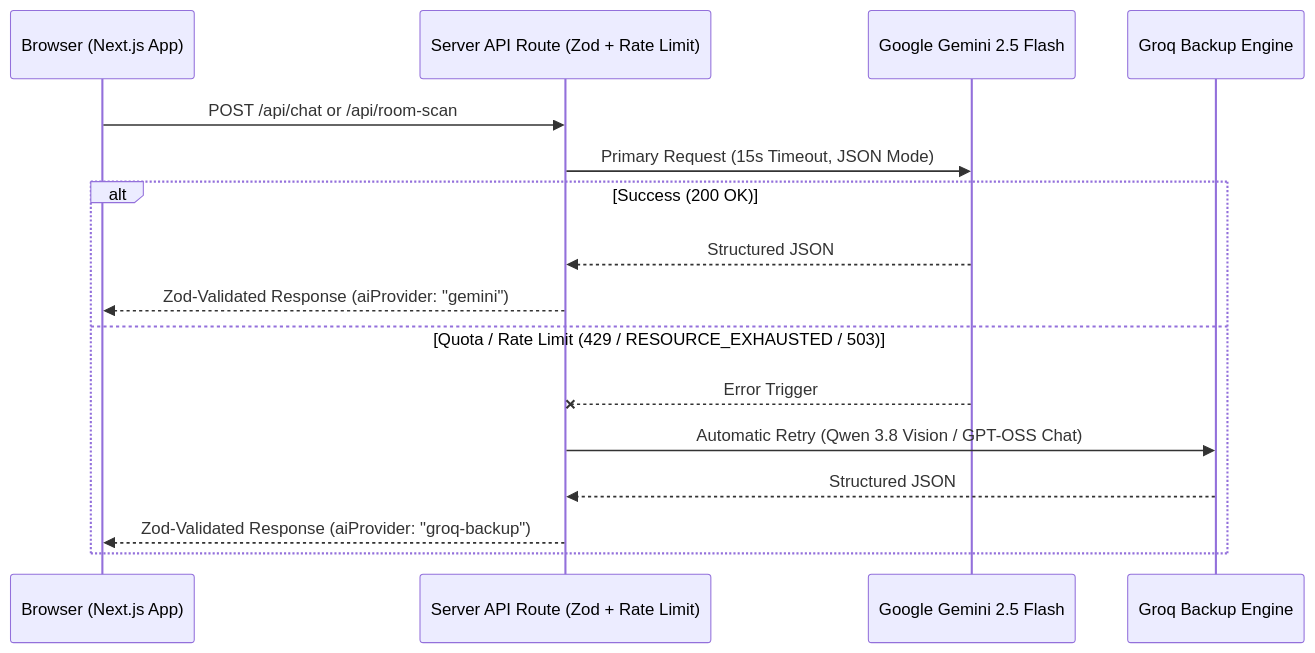
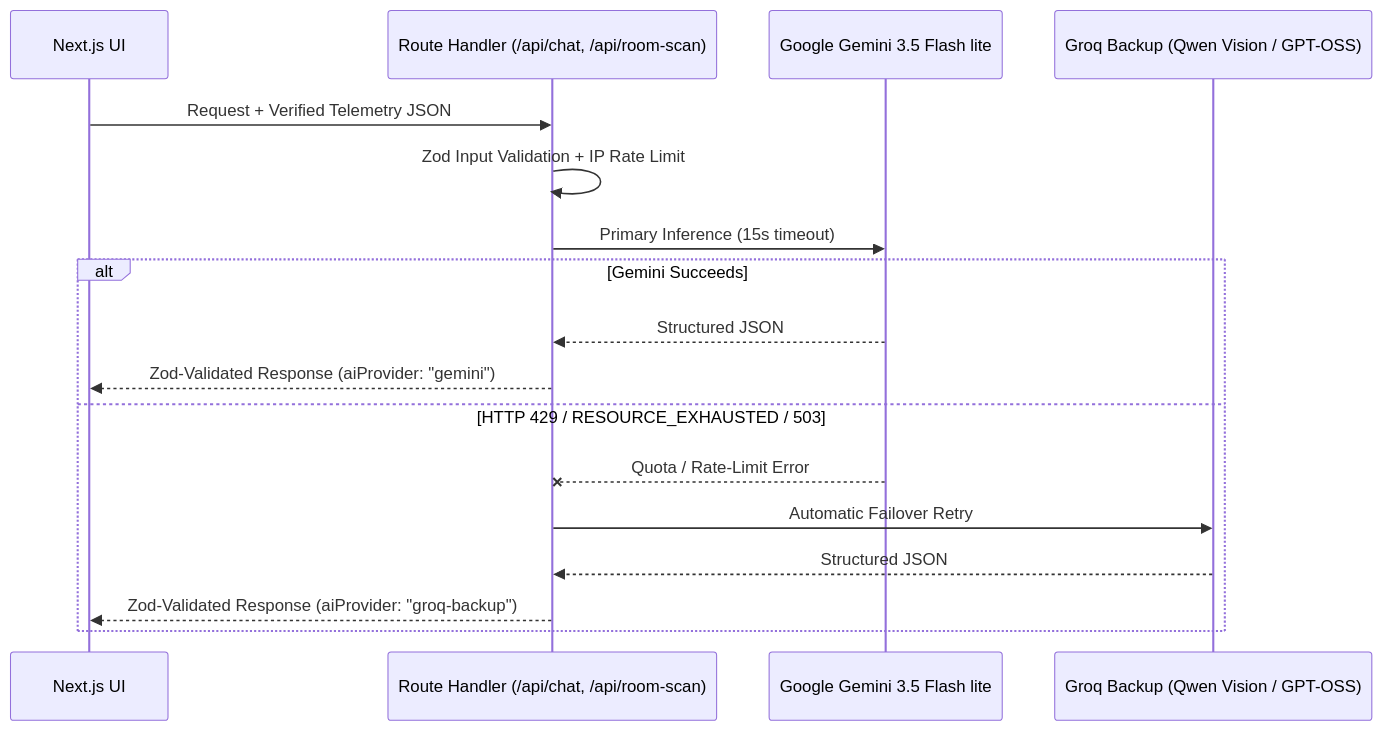
Before and after one commit to singinghearthari/AirQua-AI: the second of 2 diagrams in README.md, drawn with Mermaid. The commit also changed other lines of this file, not shown here.

````diff
--- a/README.md
+++ b/README.md
@@ -160,19 +163,20 @@
 ```mermaid
 sequenceDiagram
-    participant Client as Browser (Next.js App)
-    participant Router as Server API Route (Zod + Rate Limit)
-    participant Gemini as Google Gemini 2.5 Flash
-    participant Groq as Groq Backup Engine
+    participant Client as Next.js UI
+    participant API as Route Handler (/api/chat, /api/room-scan)
+    participant Gemini as Google Gemini 3.5 Flash lite
+    participant Groq as Groq Backup (Qwen Vision / GPT-OSS)
 
-    Client->>Router: POST /api/chat or /api/room-scan
-    Router->>Gemini: Primary Request (15s Timeout, JSON Mode)
-    alt Success (200 OK)
-        Gemini-->>Router: Structured JSON
-        Router-->>Client: Zod-Validated Response (aiProvider: "gemini")
-    else Quota / Rate Limit (429 / RESOURCE_EXHAUSTED / 503)
-        Gemini--xRouter: Error Trigger
-        Router->>Groq: Automatic Retry (Qwen 3.8 Vision / GPT-OSS Chat)
-        Groq-->>Router: Structured JSON
-        Router-->>Client: Zod-Validated Response (aiProvider: "groq-backup")
+    Client->>API: Request + Verified Telemetry JSON
+    API->>API: Zod Input Validation + IP Rate Limit
+    API->>Gemini: Primary Inference (15s timeout)
+    alt Gemini Succeeds
+        Gemini-->>API: Structured JSON
+        API-->>Client: Zod-Validated Response (aiProvider: "gemini")
+    else HTTP 429 / RESOURCE_EXHAUSTED / 503
+        Gemini--xAPI: Quota / Rate-Limit Error
+        API->>Groq: Automatic Failover Retry
+        Groq-->>API: Structured JSON
+        API-->>Client: Zod-Validated Response (aiProvider: "groq-backup")
     end
 ```
````
